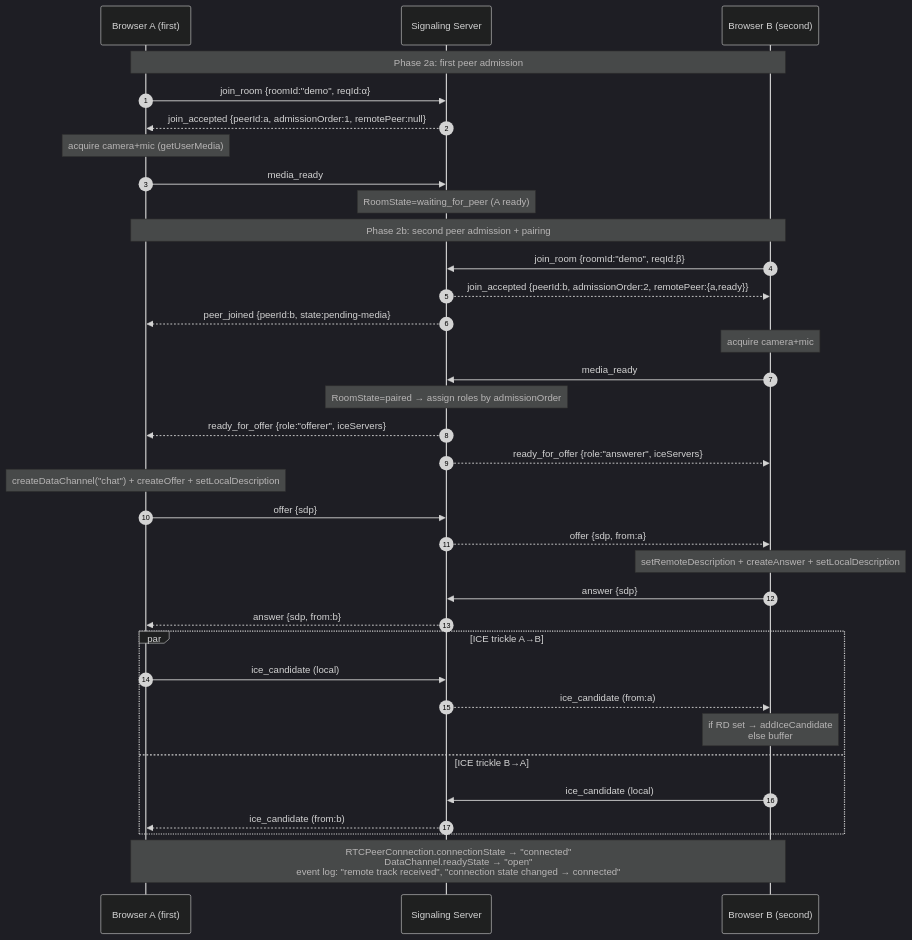
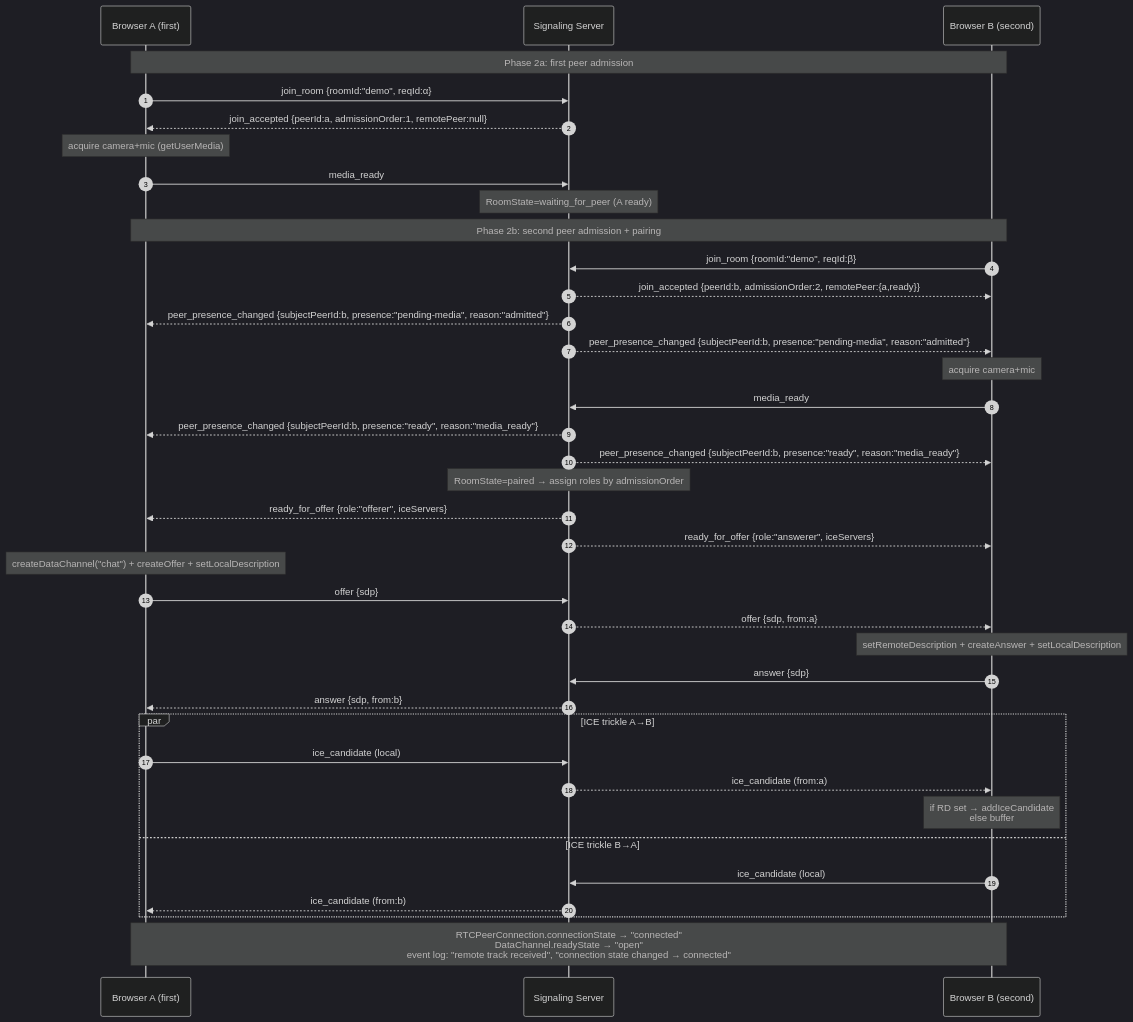
The second of 4 diagrams in specs/001-webrtc-1to1-call/plan.md (Dr-KoKo/webrtc-in-action), drawn with Mermaid (dark theme) before and after one commit. The commit also changed other lines of this file and 6 other files, not shown here.

````diff
--- a/specs/001-webrtc-1to1-call/plan.md
+++ b/specs/001-webrtc-1to1-call/plan.md
@@ -238,42 +238,45 @@
 ```mermaid
 sequenceDiagram
     autonumber
     participant A as Browser A (first)
     participant S as Signaling Server
     participant B as Browser B (second)
 
     Note over A,B: Phase 2a: first peer admission
     A->>S: join_room {roomId:"demo", reqId:α}
     S-->>A: join_accepted {peerId:a, admissionOrder:1, remotePeer:null}
     Note over A: acquire camera+mic (getUserMedia)
     A->>S: media_ready
     Note over S: RoomState=waiting_for_peer (A ready)
 
     Note over A,B: Phase 2b: second peer admission + pairing
     B->>S: join_room {roomId:"demo", reqId:β}
     S-->>B: join_accepted {peerId:b, admissionOrder:2, remotePeer:{a,ready}}
-    S-->>A: peer_joined {peerId:b, state:pending-media}
+    S-->>A: peer_presence_changed {subjectPeerId:b, presence:"pending-media", reason:"admitted"}
+    S-->>B: peer_presence_changed {subjectPeerId:b, presence:"pending-media", reason:"admitted"}
     Note over B: acquire camera+mic
     B->>S: media_ready
+    S-->>A: peer_presence_changed {subjectPeerId:b, presence:"ready", reason:"media_ready"}
+    S-->>B: peer_presence_changed {subjectPeerId:b, presence:"ready", reason:"media_ready"}
     Note over S: RoomState=paired → assign roles by admissionOrder
 
     S-->>A: ready_for_offer {role:"offerer", iceServers}
     S-->>B: ready_for_offer {role:"answerer", iceServers}
     Note over A: createDataChannel("chat") + createOffer + setLocalDescription
     A->>S: offer {sdp}
     S-->>B: offer {sdp, from:a}
     Note over B: setRemoteDescription + createAnswer + setLocalDescription
     B->>S: answer {sdp}
     S-->>A: answer {sdp, from:b}
 
     par ICE trickle A→B
       A->>S: ice_candidate (local)
       S-->>B: ice_candidate (from:a)
       Note over B: if RD set → addIceCandidate<br/>else buffer
     and ICE trickle B→A
       B->>S: ice_candidate (local)
       S-->>A: ice_candidate (from:b)
     end
 
     Note over A,B: RTCPeerConnection.connectionState → "connected"<br/>DataChannel.readyState → "open"<br/>event log: "remote track received", "connection state changed → connected"
 ```
````
